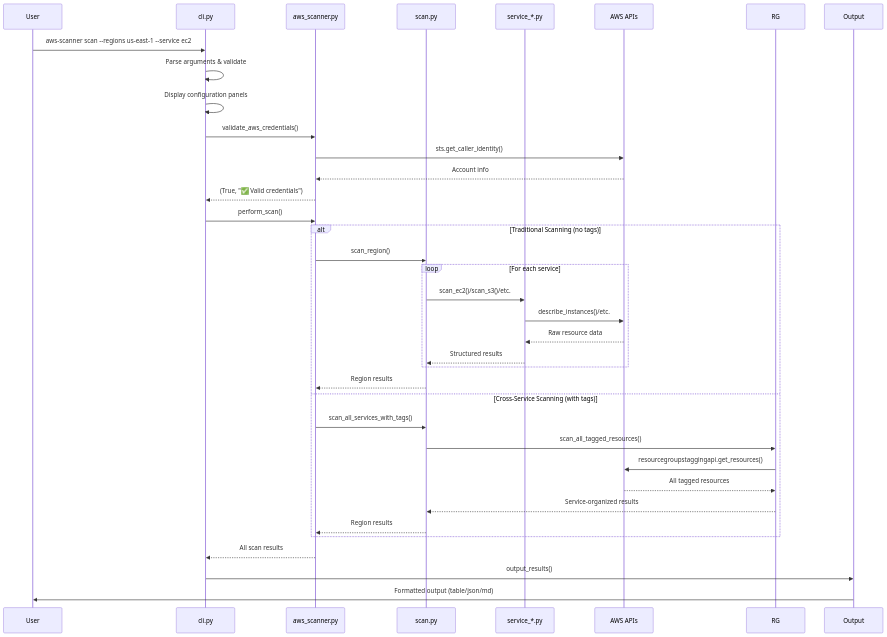
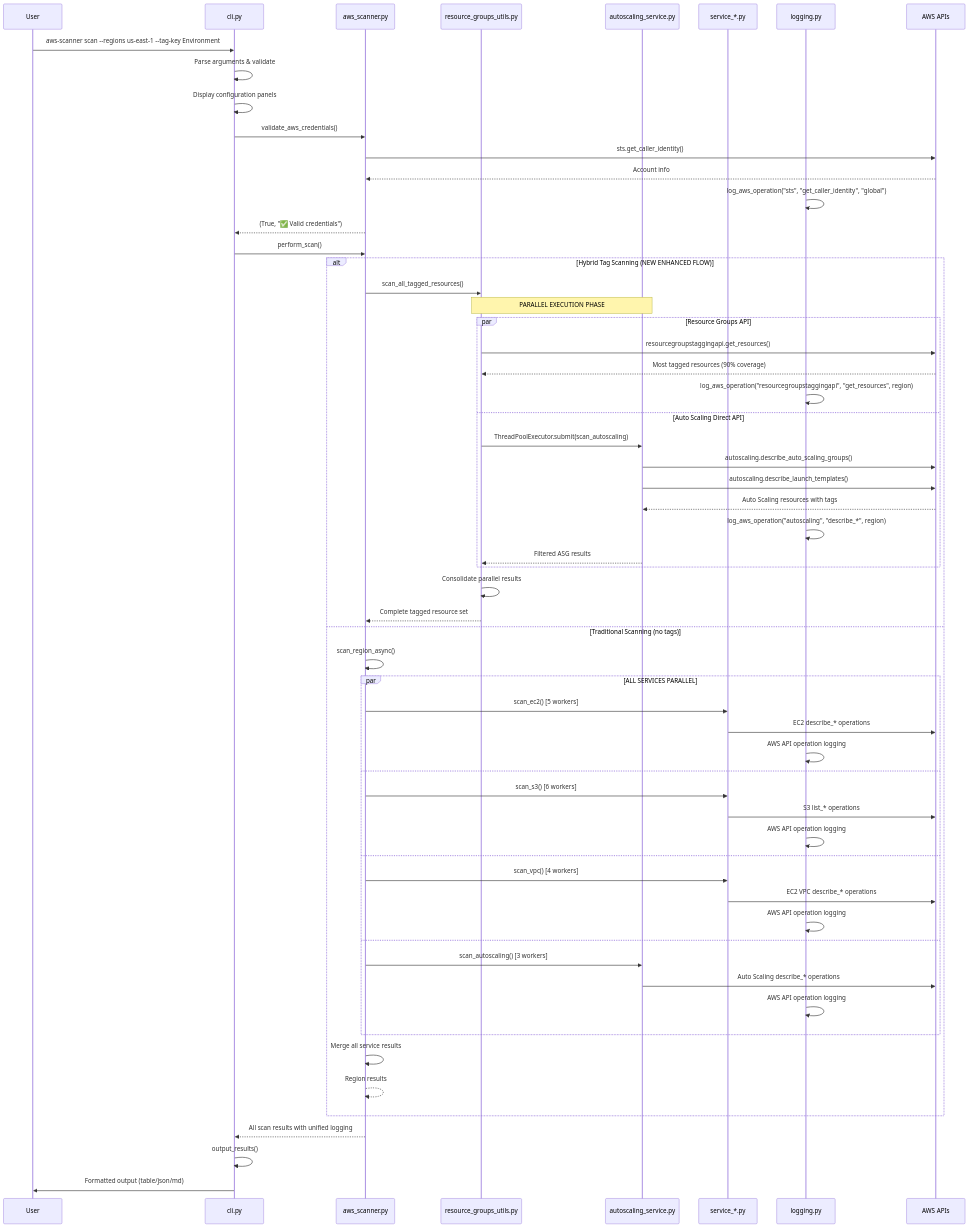
One commit to ishuar/aws-resource-scanner changed the second of 6 diagrams in docs/aws-scanner-book.md. Above: the diagram before and after it, drawn with Mermaid. The commit also changed other lines of this file and 5 other files, not shown here.

First line of the commit message:
feat: added autoscaling results with tags based filters (#8)

````diff
--- a/docs/aws-scanner-book.md
+++ b/docs/aws-scanner-book.md
@@ -588,40 +846,70 @@
 ```mermaid
 sequenceDiagram
     participant User
     participant CLI as cli.py
     participant Core as aws_scanner.py
-    participant Scan as scan.py
+    participant RG as resource_groups_utils.py
+    participant AS as autoscaling_service.py
     participant Service as service_*.py
+    participant Log as logging.py
     participant AWS as AWS APIs
 
-    User->>CLI: aws-scanner scan --regions us-east-1 --service ec2
+    User->>CLI: aws-scanner scan --regions us-east-1 --tag-key Environment
     CLI->>CLI: Parse arguments & validate
     CLI->>CLI: Display configuration panels
     CLI->>Core: validate_aws_credentials()
     Core->>AWS: sts.get_caller_identity()
     AWS-->>Core: Account info
+    Log->>Log: log_aws_operation("sts", "get_caller_identity", "global")
     Core-->>CLI: (True, "✅ Valid credentials")
     CLI->>Core: perform_scan()
 
-    alt Traditional Scanning (no tags)
-        Core->>Scan: scan_region()
-        loop For each service
-            Scan->>Service: scan_ec2()/scan_s3()/etc.
-            Service->>AWS: describe_instances()/etc.
-            AWS-->>Service: Raw resource data
-            Service-->>Scan: Structured results
+    alt Hybrid Tag Scanning (NEW ENHANCED FLOW)
+        Core->>RG: scan_all_tagged_resources()
+
+        Note over RG,AS: PARALLEL EXECUTION PHASE
+        par Resource Groups API
+            RG->>AWS: resourcegroupstaggingapi.get_resources()
+            AWS-->>RG: Most tagged resources (90% coverage)
+            Log->>Log: log_aws_operation("resourcegroupstaggingapi", "get_resources", region)
+        and Auto Scaling Direct API
+            RG->>AS: ThreadPoolExecutor.submit(scan_autoscaling)
+            AS->>AWS: autoscaling.describe_auto_scaling_groups()
+            AS->>AWS: autoscaling.describe_launch_templates()
+            AWS-->>AS: Auto Scaling resources with tags
+            Log->>Log: log_aws_operation("autoscaling", "describe_*", region)
+            AS-->>RG: Filtered ASG results
         end
-        Scan-->>Core: Region results
-    else Cross-Service Scanning (with tags)
-        Core->>Scan: scan_all_services_with_tags()
-        Scan->>RG: scan_all_tagged_resources()
-        RG->>AWS: resourcegroupstaggingapi.get_resources()
-        AWS-->>RG: All tagged resources
-        RG-->>Scan: Service-organized results
-        Scan-->>Core: Region results
+
+        RG->>RG: Consolidate parallel results
+        RG-->>Core: Complete tagged resource set
+
+    else Traditional Scanning (no tags)
+        Core->>Core: scan_region_async()
+
+        par ALL SERVICES PARALLEL
+            Core->>Service: scan_ec2() [5 workers]
+            Service->>AWS: EC2 describe_* operations
+            Log->>Log: AWS API operation logging
+        and
+            Core->>Service: scan_s3() [6 workers]
+            Service->>AWS: S3 list_* operations
+            Log->>Log: AWS API operation logging
+        and
+            Core->>Service: scan_vpc() [4 workers]
+            Service->>AWS: EC2 VPC describe_* operations
+            Log->>Log: AWS API operation logging
+        and
+            Core->>AS: scan_autoscaling() [3 workers]
+            AS->>AWS: Auto Scaling describe_* operations
+            Log->>Log: AWS API operation logging
+        end
+
+        Core->>Core: Merge all service results
+        Core-->>Core: Region results
     end
 
-    Core-->>CLI: All scan results
-    CLI->>Output: output_results()
-    Output->>User: Formatted output (table/json/md)
+    Core-->>CLI: All scan results with unified logging
+    CLI->>CLI: output_results()
+    CLI->>User: Formatted output (table/json/md)
 ```
````
